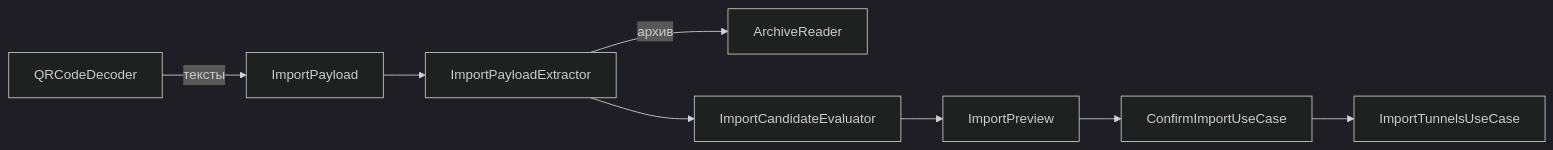
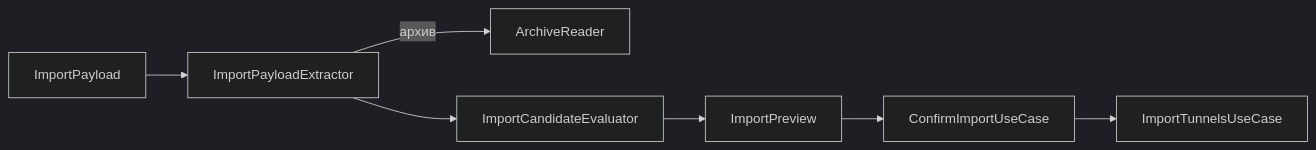
One commit to facelessdiplomat/splitway changed the diagram in docs/features/TunnelImport.md. Above: the diagram before and after it, drawn with Mermaid (dark theme). The commit also changed other lines of this file and 24 other files, not shown here.

````diff
--- a/docs/features/TunnelImport.md
+++ b/docs/features/TunnelImport.md
@@ -24,10 +24,9 @@
 ```mermaid
 flowchart LR
-  QR[QRCodeDecoder] -->|тексты| Payload[ImportPayload]
-  Payload --> Extractor[ImportPayloadExtractor]
+  Payload[ImportPayload] --> Extractor[ImportPayloadExtractor]
   Extractor -->|архив| Reader[ArchiveReader]
   Extractor --> Evaluator[ImportCandidateEvaluator]
   Evaluator --> Preview[ImportPreview]
   Preview --> Confirm[ConfirmImportUseCase]
   Confirm --> Library[ImportTunnelsUseCase]
 ```
````
